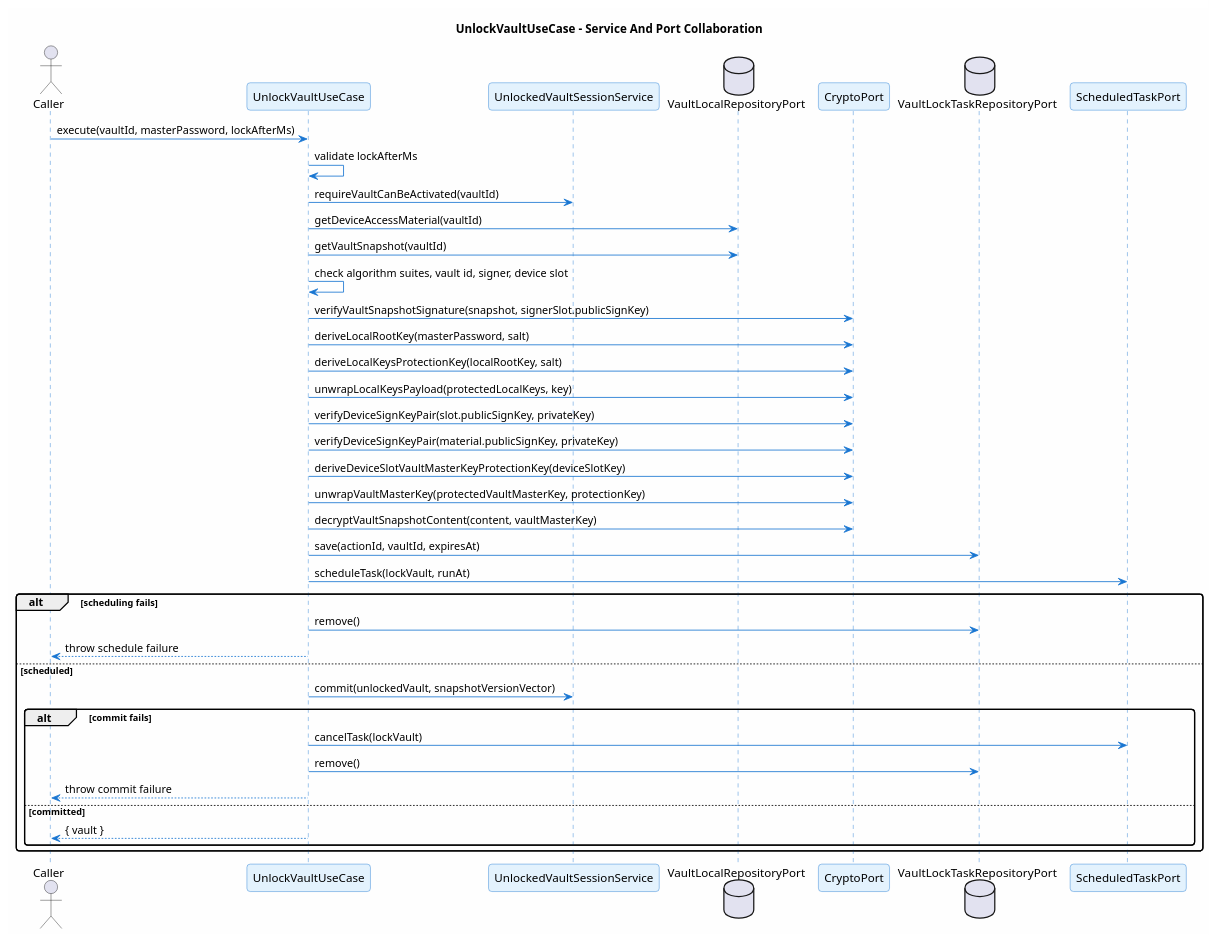
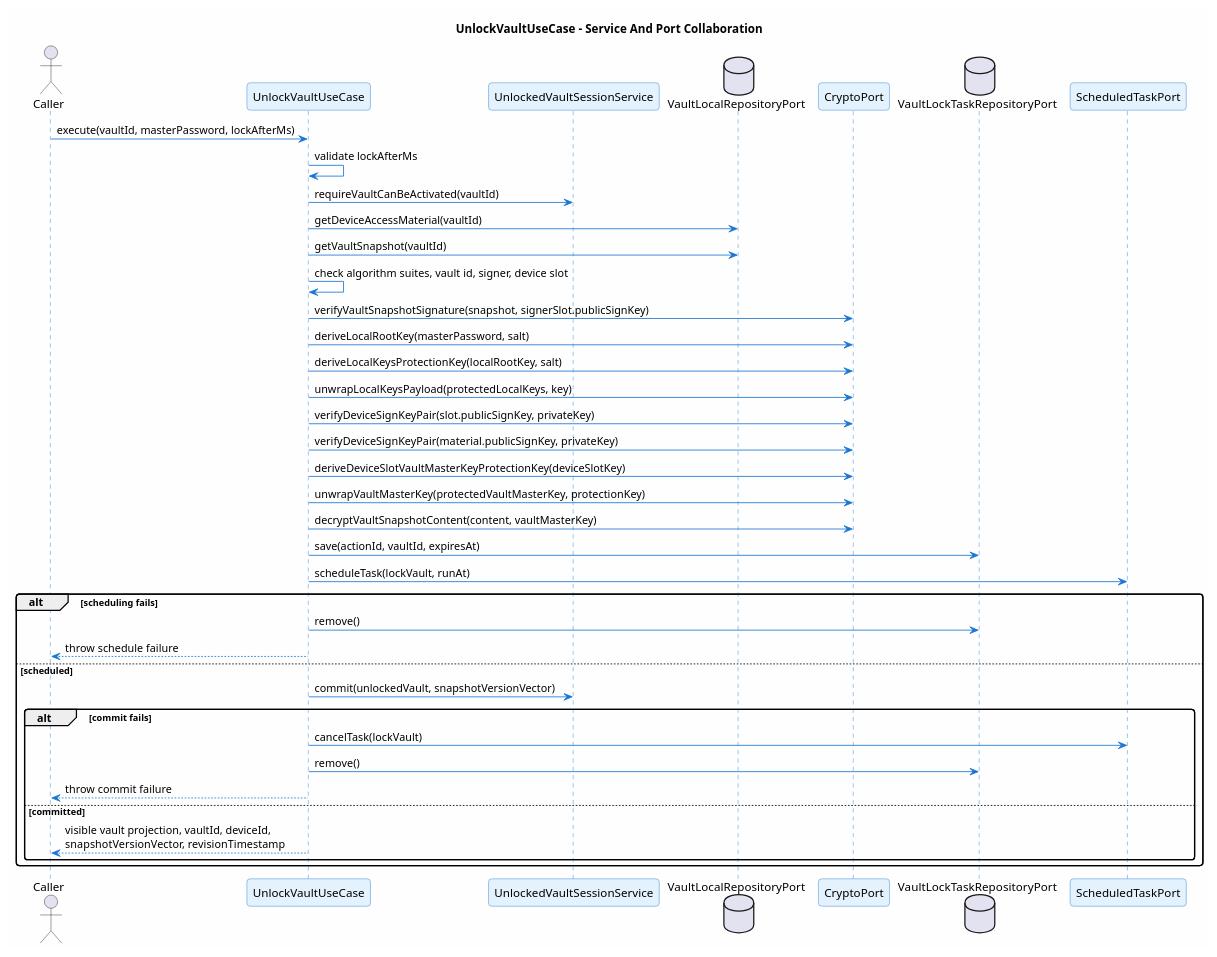
One commit to ArionStudio/engr-serverless-pm changed the diagram in docs/v1/use-case/vault-lifecycle/unlock-vault.sequence.puml. Above: the diagram before and after it, drawn with PlantUML. The commit also changed 28 other files, not shown here.

```diff
--- a/docs/v1/use-case/vault-lifecycle/unlock-vault.sequence.puml
+++ b/docs/v1/use-case/vault-lifecycle/unlock-vault.sequence.puml
@@ -1,53 +1,53 @@
 @startuml unlock-vault-sequence
 title UnlockVaultUseCase - Service And Port Collaboration
 
 skinparam backgroundColor #FEFEFE
 skinparam roundcorner 8
 skinparam shadowing false
 skinparam sequence {
   ArrowColor #1976D2
   LifeLineBorderColor #1976D2
   ParticipantBackgroundColor #E3F2FD
   ParticipantBorderColor #1976D2
 }
 
 actor Caller
 participant "UnlockVaultUseCase" as UC
 participant "UnlockedVaultSessionService" as Session
 database "VaultLocalRepositoryPort" as LocalRepo
 participant "CryptoPort" as Crypto
 database "VaultLockTaskRepositoryPort" as LockRepo
 participant "ScheduledTaskPort" as Tasks
 
 Caller -> UC : execute(vaultId, masterPassword, lockAfterMs)
 UC -> UC : validate lockAfterMs
 UC -> Session : requireVaultCanBeActivated(vaultId)
 UC -> LocalRepo : getDeviceAccessMaterial(vaultId)
 UC -> LocalRepo : getVaultSnapshot(vaultId)
 UC -> UC : check algorithm suites, vault id, signer, device slot
 UC -> Crypto : verifyVaultSnapshotSignature(snapshot, signerSlot.publicSignKey)
 UC -> Crypto : deriveLocalRootKey(masterPassword, salt)
 UC -> Crypto : deriveLocalKeysProtectionKey(localRootKey, salt)
 UC -> Crypto : unwrapLocalKeysPayload(protectedLocalKeys, key)
 UC -> Crypto : verifyDeviceSignKeyPair(slot.publicSignKey, privateKey)
 UC -> Crypto : verifyDeviceSignKeyPair(material.publicSignKey, privateKey)
 UC -> Crypto : deriveDeviceSlotVaultMasterKeyProtectionKey(deviceSlotKey)
 UC -> Crypto : unwrapVaultMasterKey(protectedVaultMasterKey, protectionKey)
 UC -> Crypto : decryptVaultSnapshotContent(content, vaultMasterKey)
 UC -> LockRepo : save(actionId, vaultId, expiresAt)
 UC -> Tasks : scheduleTask(lockVault, runAt)
 alt scheduling fails
   UC -> LockRepo : remove()
   UC --> Caller : throw schedule failure
 else scheduled
   UC -> Session : commit(unlockedVault, snapshotVersionVector)
   alt commit fails
     UC -> Tasks : cancelTask(lockVault)
     UC -> LockRepo : remove()
     UC --> Caller : throw commit failure
   else committed
-    UC --> Caller : { vault }
+    UC --> Caller : visible vault projection, vaultId, deviceId,\nsnapshotVersionVector, revisionTimestamp
   end
 end
 
 @enduml
```
